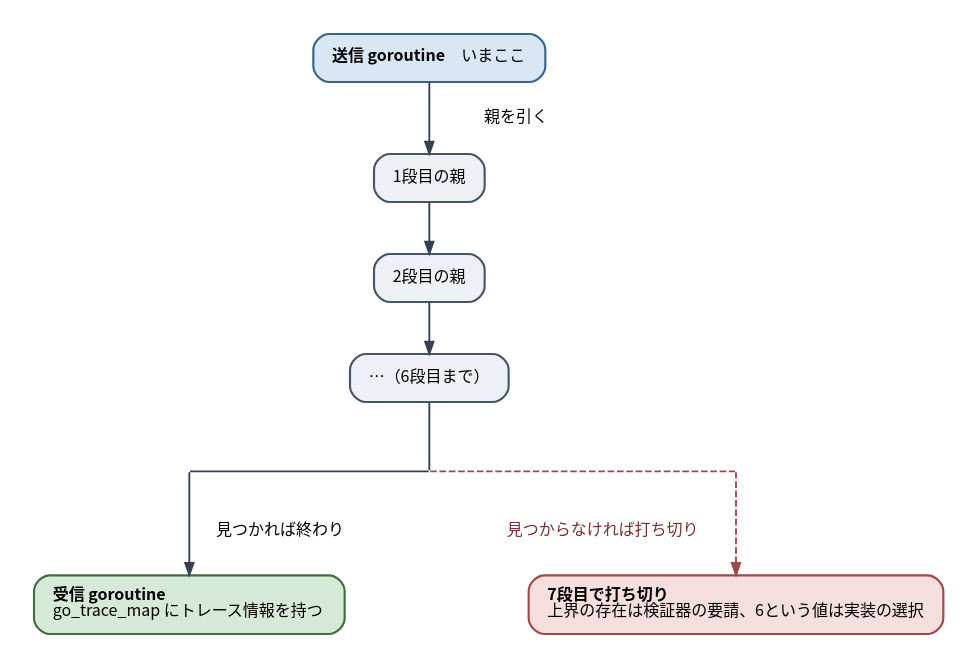
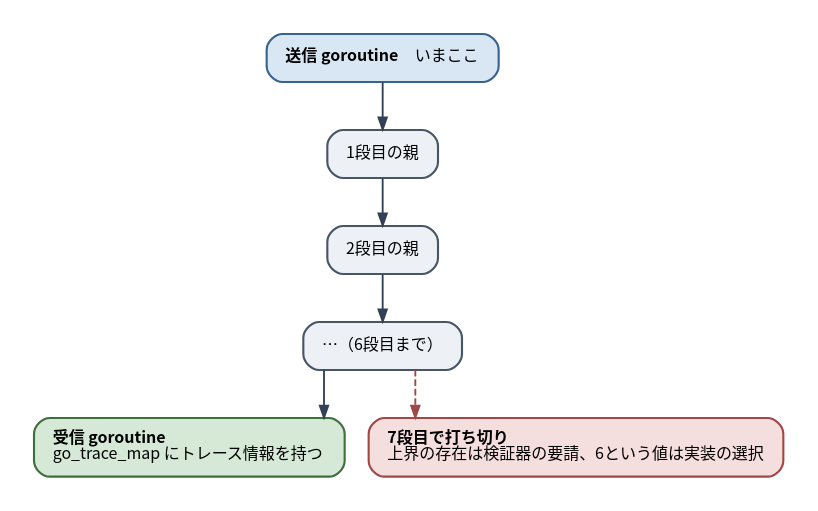
One commit to ymotongpoo/zenn.dev changed the diagram in diagrams/go-ebpf-primer/20260820-parent-walk.dot. Above: the diagram before and after it, drawn with Graphviz. The commit also changed 85 other files, not shown here.

First line of the commit message:
change(go-ebpf-primer): 矢印が無駄に長くなる図をlayout=dotに書き直した

```diff
--- a/diagrams/go-ebpf-primer/20260820-parent-walk.dot
+++ b/diagrams/go-ebpf-primer/20260820-parent-walk.dot
@@ -1,44 +1,35 @@
 // 親を6段まで遡る
 digraph parent_walk {
   graph [
-    layout=neato, inputscale=72, splines=line,
+    rankdir=TB, splines=ortho,
     fontname="Harano Aji Gothic,Noto Sans CJK JP,IPAGothic", fontsize=13,
     bgcolor="white", pad=0.25
   ];
   node [
     fontname="Harano Aji Gothic,Noto Sans CJK JP,IPAGothic", fontsize=12,
     shape=box, style="rounded,filled",
     fillcolor="#F1F5F9", color="#475569", penwidth=1.6,
     margin="0.2,0.14"
   ];
   edge [
     fontname="Harano Aji Gothic,Noto Sans CJK JP,IPAGothic", fontsize=11,
     color="#334155", penwidth=1.4, arrowsize=0.9,
     fontcolor="#1E293B"
   ];
 
-  cur [pos="300,560!", label=<<b>送信 goroutine</b>　いまここ>, fillcolor="#D9E7F4", color="#38638F"];
-  L0 [pos="365,515!", shape=plaintext, style="", label="親を引く"];
-  p1 [pos="300,470!", label=<1段目の親>, fillcolor="#EDF1F5"];
-  p2 [pos="300,395!", label=<2段目の親>, fillcolor="#EDF1F5"];
-  dots [pos="300,320!", label=<…（6段目まで）>, fillcolor="#EDF1F5"];
+  cur [label=<<b>送信 goroutine</b>　いまここ>, fillcolor="#D9E7F4", color="#38638F"];
+  p1 [label=<1段目の親>, fillcolor="#EDF1F5"];
+  p2 [label=<2段目の親>, fillcolor="#EDF1F5"];
+  dots [label=<…（6段目まで）>, fillcolor="#EDF1F5"];
 
-  j  [pos="300,250!", shape=point, width=0.01, style=invis];
-  jl [pos="120,250!", shape=point, width=0.01, style=invis];
-  jr [pos="530,250!", shape=point, width=0.01, style=invis];
+  root [label=<<b>受信 goroutine</b><br align="left"/>go_trace_map にトレース情報を持つ<br align="left"/>>, fillcolor="#D6E8D6", color="#3F6E3F"];
+  over [label=<<b>7段目で打ち切り</b><br align="left"/>上界の存在は検証器の要請、6という値は実装の選択<br align="left"/>>, fillcolor="#F5DEDE", color="#A04848"];
 
-  root [pos="120,150!", label=<<b>受信 goroutine</b><br align="left"/>go_trace_map にトレース情報を持つ<br align="left"/>>, fillcolor="#D6E8D6", color="#3F6E3F"];
-  over [pos="530,150!", label=<<b>7段目で打ち切り</b><br align="left"/>上界の存在は検証器の要請、6という値は実装の選択<br align="left"/>>, fillcolor="#F5DEDE", color="#A04848"];
-
-  L1 [pos="188,205!", shape=plaintext, style="", label="見つかれば終わり"];
-  L2 [pos="430,205!", shape=plaintext, style="", label="見つからなければ打ち切り", fontcolor="#7A3030"];
+  { rank=same; root; over; }
 
   cur -> p1;
   p1 -> p2;
   p2 -> dots;
-  dots -> j [dir=none];
-  j -> jl [dir=none];
-  j -> jr [dir=none, style=dashed, color="#A04848"];
-  jl -> root;
-  jr -> over [style=dashed, color="#A04848"];
+  dots -> root;
+  dots -> over [style=dashed, color="#A04848"];
 }
```
